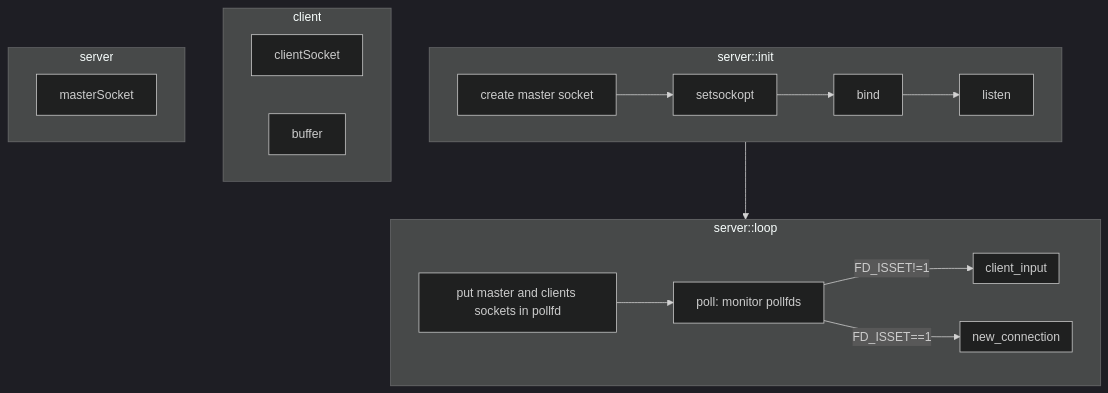
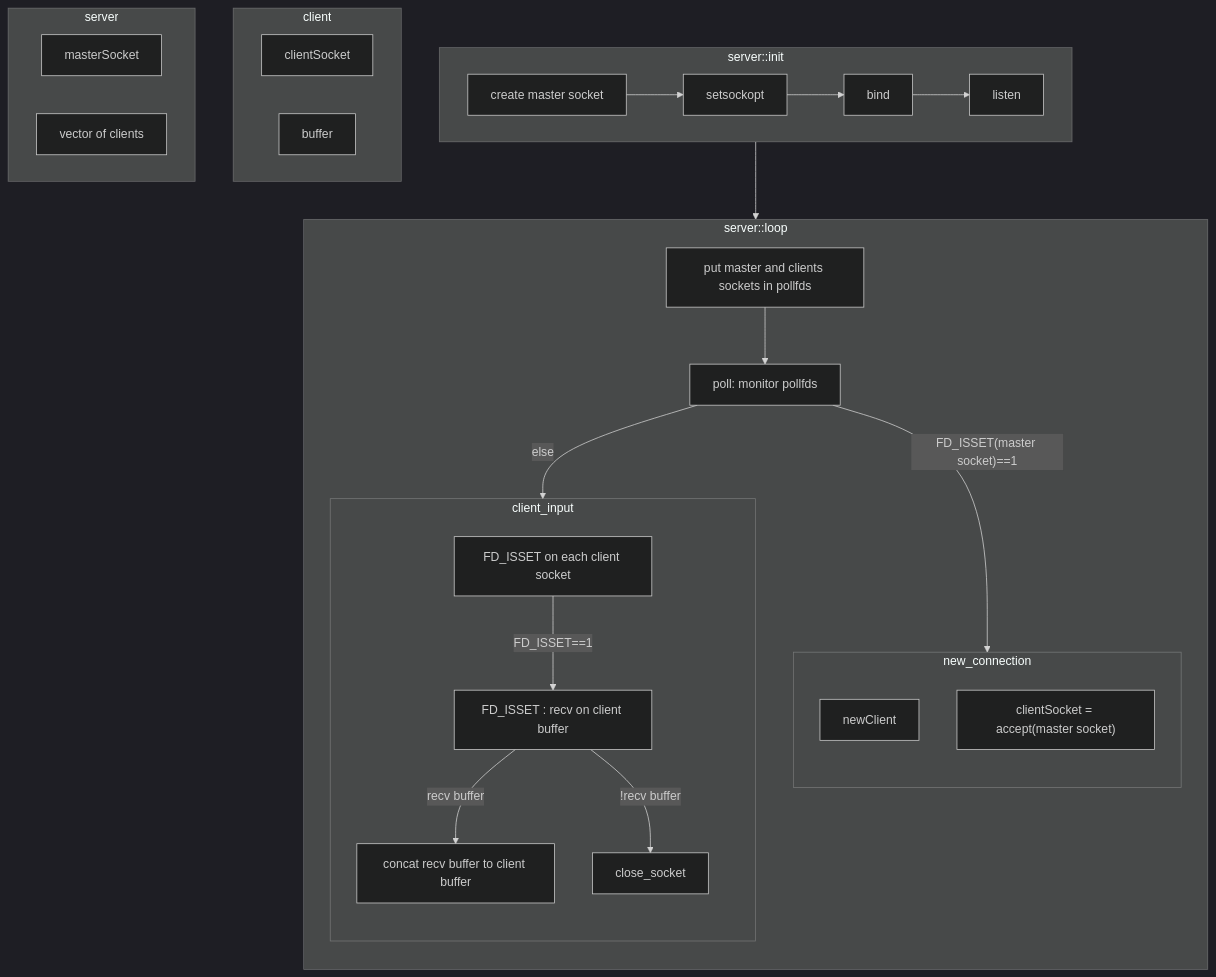
Before and after one commit to simon-ameye/42-ft_irc: the diagram in Readme.md, drawn with Mermaid (dark theme). The commit also changed other lines of this file, not shown here.

````diff
--- a/Readme.md
+++ b/Readme.md
@@ -1,36 +1,48 @@
 ```mermaid
 flowchart TD
     subgraph server::init
         socket[create master socket]
         setsockopt
         bind
         listen
         socket-->setsockopt-->bind-->listen
         end
 
     subgraph server::loop
-        pollfds[put master and clients sockets in pollfd]
+        direction TB
+        pollfds[put master and clients sockets in pollfds]
         poll[poll: monitor pollfds]
         subgraph new_connection
-
+            direction TB
+            newClient
+            accept["clientSocket = accept(master socket)"]
             end
         subgraph client_input
-
+            direction TB
+            checkClients["FD_ISSET on each client socket"]
+            recv["FD_ISSET : recv on client buffer"]
+            concat["concat recv buffer to client buffer"]
+            close_socket
+            checkClients-->|"FD_ISSET==1"|recv
+            recv-->|"recv buffer"|concat
+            recv-->|"!recv buffer"|close_socket
+            
             end
         pollfds-->poll
-        poll-->|FD_ISSET==1|new_connection
-        poll-->|FD_ISSET!=1|client_input
+        poll-->|"FD_ISSET(master socket)==1"|new_connection
+        poll-->|"else"|client_input
         end
 
     server::init --> server::loop
 
     subgraph client
         clientSocket
         buffer
         end
 
     subgraph server
         masterSocket
-        buffer    
+        buffer
+        clients[vector of clients]
         end
 ```
````
